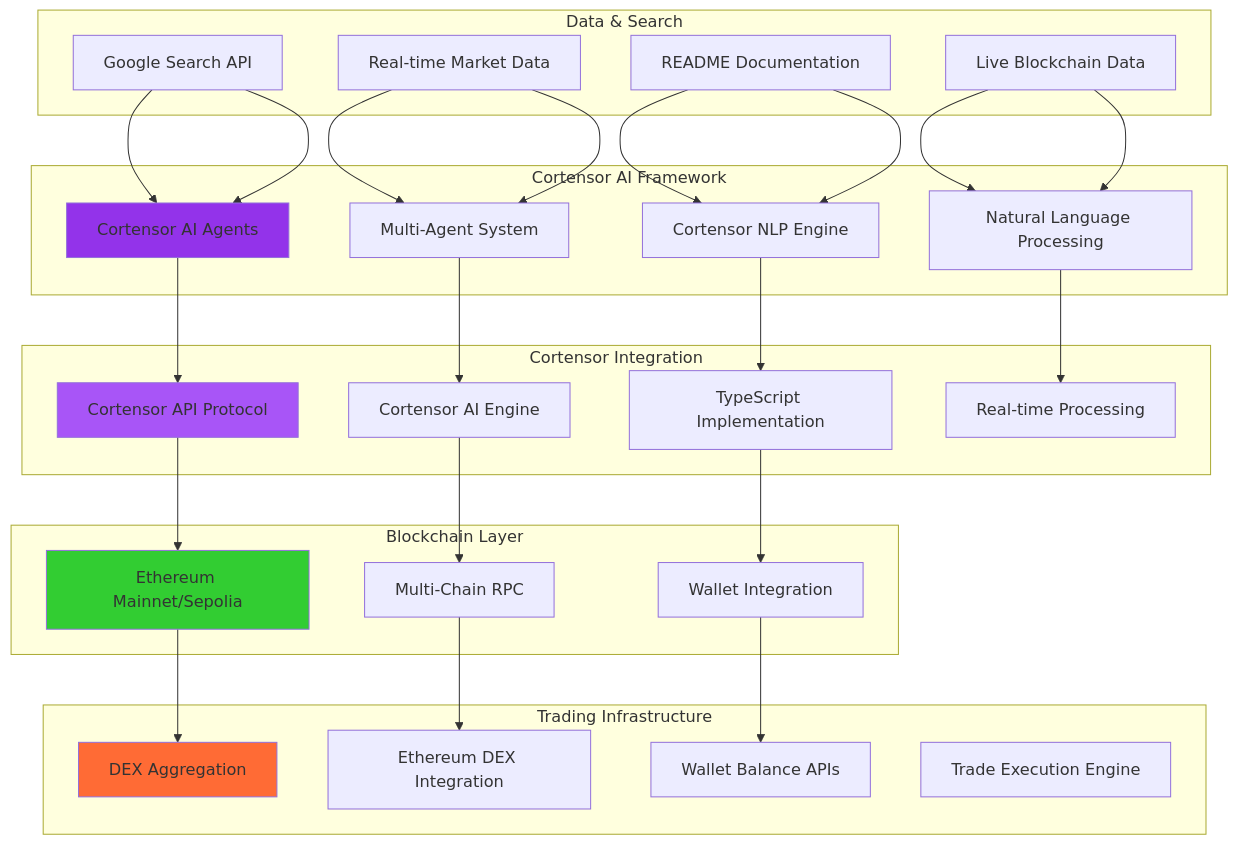
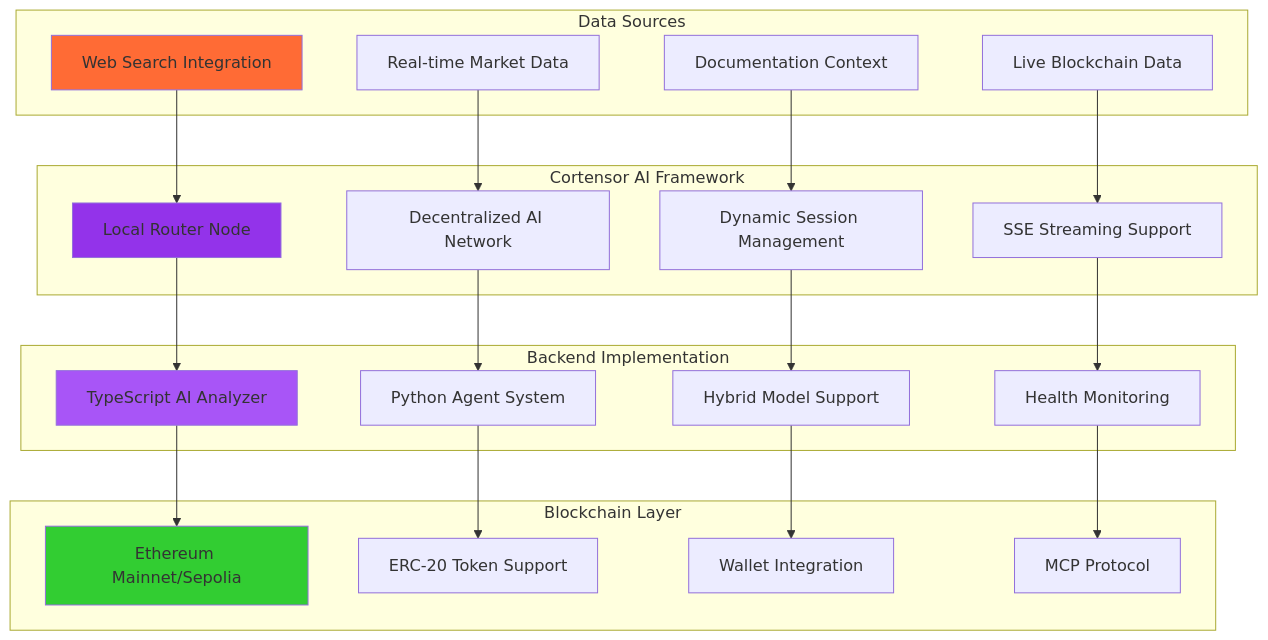
Before and after one commit to Spydiecy/Trendpup_Cortensor: the fifth of 8 diagrams in README.md, drawn with Mermaid. The commit also changed other lines of this file and 2 other files, not shown here.

````diff
--- a/README.md
+++ b/README.md
@@ -401,64 +450,50 @@
 ```mermaid
 graph TB
     subgraph "Cortensor AI Framework"
-        A[Cortensor AI Agents]
-        B[Multi-Agent System]
-        C[Cortensor NLP Engine]
-        D[Natural Language Processing]
+        A[Local Router Node]
+        B[Decentralized AI Network]
+        C[Dynamic Session Management]
+        D[SSE Streaming Support]
     end
     
-    subgraph "Cortensor Integration"
-        E[Cortensor API Protocol]
-        F[Cortensor AI Engine]
-        G[TypeScript Implementation]
-        H[Real-time Processing]
+    subgraph "Backend Implementation"
+        E[TypeScript AI Analyzer]
+        F[Python Agent System]
+        G[Hybrid Model Support]
+        H[Health Monitoring]
     end
     
     subgraph "Blockchain Layer"
         I[Ethereum Mainnet/Sepolia]
-        J[Multi-Chain RPC]
+        J[ERC-20 Token Support]
         K[Wallet Integration]
+        L[MCP Protocol]
     end
     
-    subgraph "Data & Search"
-        L[Google Search API]
-        M[Real-time Market Data]
-        N[README Documentation]
-        O[Live Blockchain Data]
-    end
-    
-    subgraph "Trading Infrastructure"
-        P[DEX Aggregation]
-        Q[Ethereum DEX Integration]
-        R[Wallet Balance APIs]
-        S[Trade Execution Engine]
+    subgraph "Data Sources"
+        M[Web Search Integration]
+        N[Real-time Market Data]
+        O[Documentation Context]
+        P[Live Blockchain Data]
     end
     
     A --> E
     B --> F
     C --> G
     D --> H
     
     E --> I
     F --> J
     G --> K
+    H --> L
     
-    L --> A
-    M --> B
-    N --> C
-    O --> D
-    
-    I --> P
-    J --> Q
-    K --> R
-    
-    L --> A
-    M --> B
-    N --> C
-    O --> D
+    M --> A
+    N --> B
+    O --> C
+    P --> D
     
     style A fill:#9333ea
     style E fill:#a855f7
     style I fill:#32cd32
-    style P fill:#ff6b35
+    style M fill:#ff6b35
 ```
````
